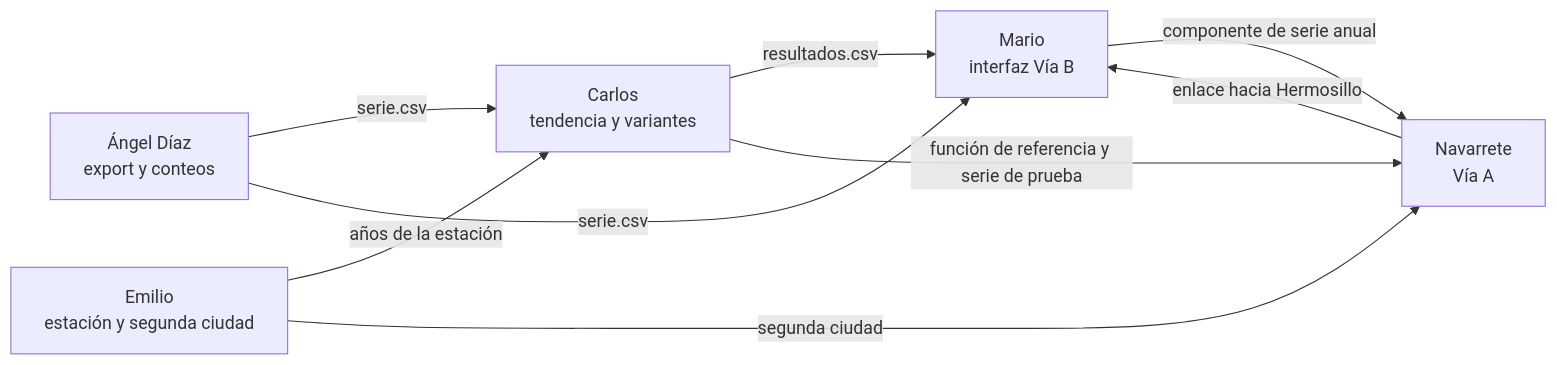
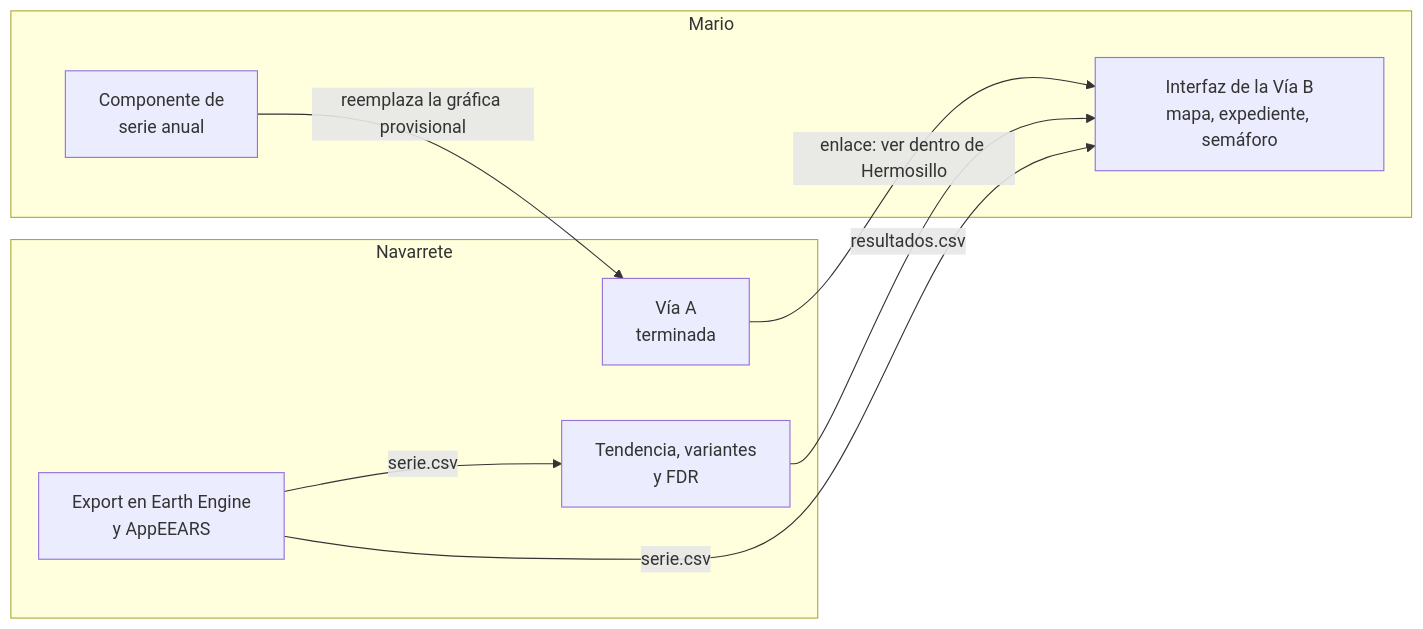
Before and after one commit to elproshaitron-stack/SunCity: the seventh of 7 diagrams in docs/03-ARQUITECTURA.md, drawn with Mermaid. The commit also changed other lines of this file and 12 other files, not shown here.

````diff
--- a/docs/03-ARQUITECTURA.md
+++ b/docs/03-ARQUITECTURA.md
@@ -213,11 +213,17 @@
 ```mermaid
 flowchart LR
-    AD["Ángel Díaz<br/>export y conteos"] -->|serie.csv| CA["Carlos<br/>tendencia y variantes"]
-    AD -->|serie.csv| MA["Mario<br/>interfaz Vía B"]
-    CA -->|resultados.csv| MA
-    CA -->|"función de referencia y serie de prueba"| NA["Navarrete<br/>Vía A"]
-    MA -->|"componente de serie anual"| NA
-    EM["Emilio<br/>estación y segunda ciudad"] -->|"años de la estación"| CA
-    EM -->|"segunda ciudad"| NA
-    NA -->|"enlace hacia Hermosillo"| MA
+    subgraph NA["Navarrete"]
+        N1["Vía A<br/>terminada"]
+        N2["Export en Earth Engine<br/>y AppEEARS"]
+        N3["Tendencia, variantes<br/>y FDR"]
+        N2 -->|serie.csv| N3
+    end
+    subgraph MA["Mario"]
+        M1["Interfaz de la Vía B<br/>mapa, expediente, semáforo"]
+        M2["Componente de<br/>serie anual"]
+    end
+    N2 -->|serie.csv| M1
+    N3 -->|resultados.csv| M1
+    M2 -->|"reemplaza la gráfica provisional"| N1
+    N1 -->|"enlace: ver dentro de Hermosillo"| M1
 ```
````
